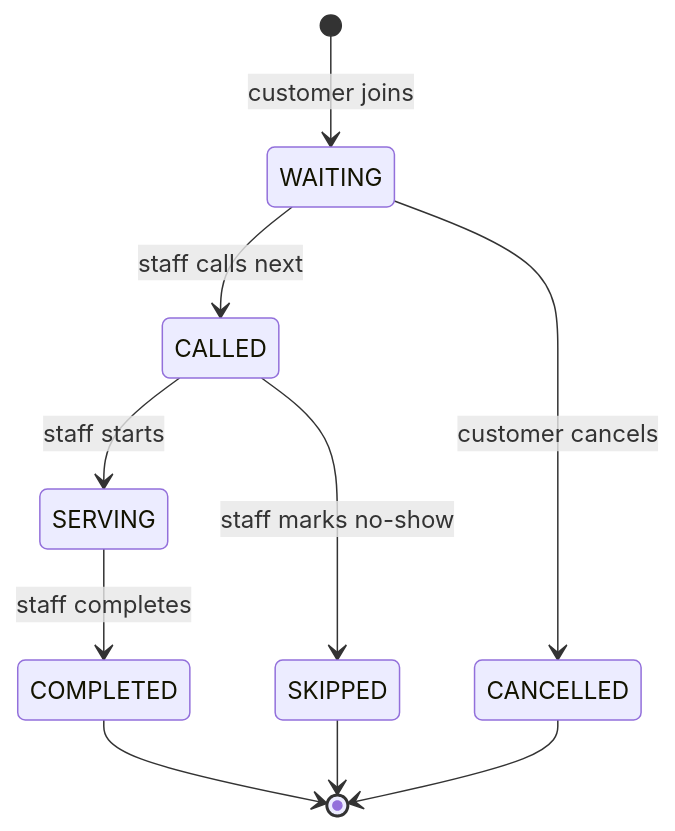
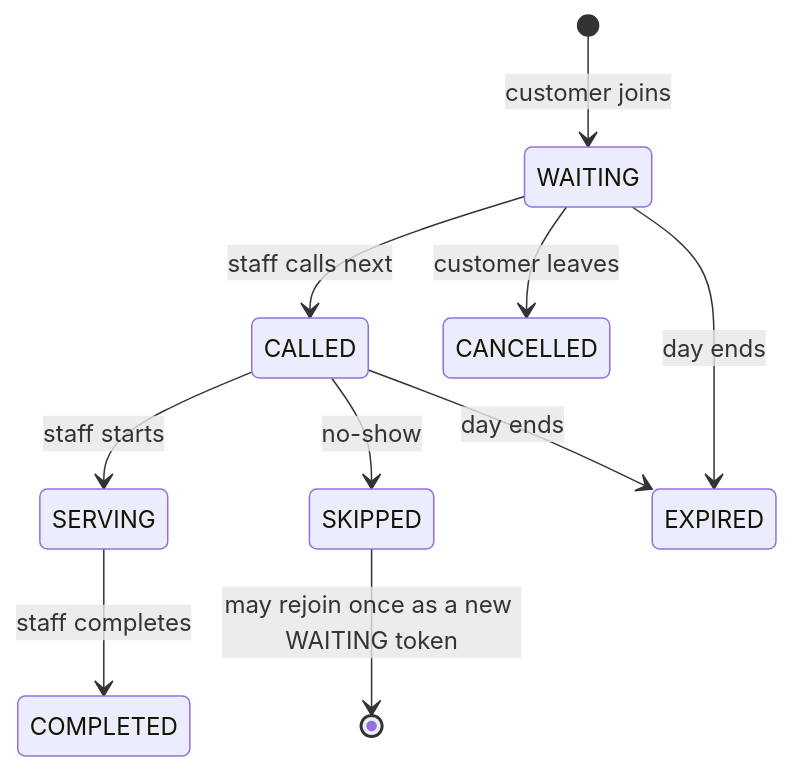
One commit to YashwardhanV/Line-Pilot changed the second of 3 diagrams in docs/ARCHITECTURE.md. Above: the diagram before and after it, drawn with Mermaid. The commit also changed other lines of this file and 2 other files, not shown here.

````diff
--- a/docs/ARCHITECTURE.md
+++ b/docs/ARCHITECTURE.md
@@ -94,12 +24,12 @@
 ```mermaid
 stateDiagram-v2
     [*] --> WAITING: customer joins
     WAITING --> CALLED: staff calls next
-    WAITING --> CANCELLED: customer cancels
+    WAITING --> CANCELLED: customer leaves
     CALLED --> SERVING: staff starts
-    CALLED --> SKIPPED: staff marks no-show
+    CALLED --> SKIPPED: no-show
     SERVING --> COMPLETED: staff completes
-    COMPLETED --> [*]
-    SKIPPED --> [*]
-    CANCELLED --> [*]
+    WAITING --> EXPIRED: day ends
+    CALLED --> EXPIRED: day ends
+    SKIPPED --> [*]: may rejoin once as a new WAITING token
 ```
````
